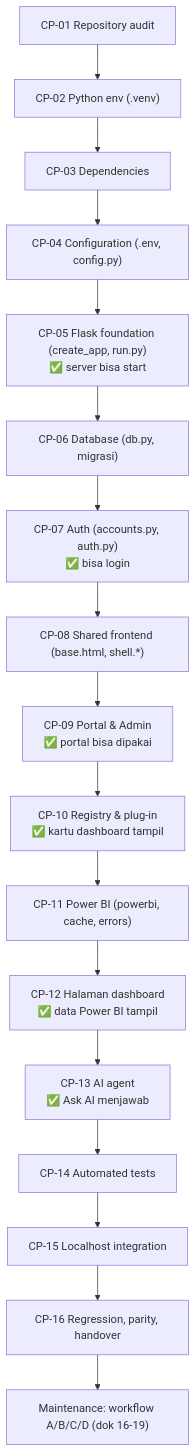
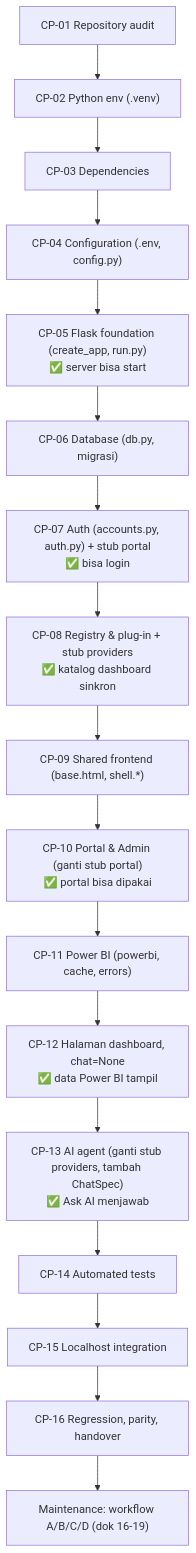
Before and after one commit to mhdalfarisy/web-pbi-portal: the diagram in docs/development_playbook/03_DEVELOPMENT_ROADMAP.md, drawn with Mermaid. The commit also changed other lines of this file and 68 other files, not shown here.

````diff
--- a/docs/development_playbook/03_DEVELOPMENT_ROADMAP.md
+++ b/docs/development_playbook/03_DEVELOPMENT_ROADMAP.md
@@ -9,19 +35,19 @@
 ```mermaid
 flowchart TD
     CP01["CP-01 Repository audit"] --> CP02["CP-02 Python env (.venv)"]
     CP02 --> CP03["CP-03 Dependencies"]
     CP03 --> CP04["CP-04 Configuration (.env, config.py)"]
     CP04 --> CP05["CP-05 Flask foundation (create_app, run.py)<br/>✅ server bisa start"]
     CP05 --> CP06["CP-06 Database (db.py, migrasi)"]
-    CP06 --> CP07["CP-07 Auth (accounts.py, auth.py)<br/>✅ bisa login"]
-    CP07 --> CP08["CP-08 Shared frontend (base.html, shell.*)"]
-    CP08 --> CP09["CP-09 Portal & Admin<br/>✅ portal bisa dipakai"]
-    CP09 --> CP10["CP-10 Registry & plug-in<br/>✅ kartu dashboard tampil"]
+    CP06 --> CP07["CP-07 Auth (accounts.py, auth.py) + stub portal<br/>✅ bisa login"]
+    CP07 --> CP08["CP-08 Registry & plug-in + stub providers<br/>✅ katalog dashboard sinkron"]
+    CP08 --> CP09["CP-09 Shared frontend (base.html, shell.*)"]
+    CP09 --> CP10["CP-10 Portal & Admin (ganti stub portal)<br/>✅ portal bisa dipakai"]
     CP10 --> CP11["CP-11 Power BI (powerbi, cache, errors)"]
-    CP11 --> CP12["CP-12 Halaman dashboard<br/>✅ data Power BI tampil"]
-    CP12 --> CP13["CP-13 AI agent<br/>✅ Ask AI menjawab"]
+    CP11 --> CP12["CP-12 Halaman dashboard, chat=None<br/>✅ data Power BI tampil"]
+    CP12 --> CP13["CP-13 AI agent (ganti stub providers, tambah ChatSpec)<br/>✅ Ask AI menjawab"]
     CP13 --> CP14["CP-14 Automated tests"]
     CP14 --> CP15["CP-15 Localhost integration"]
     CP15 --> CP16["CP-16 Regression, parity, handover"]
     CP16 --> M["Maintenance: workflow A/B/C/D (dok 16-19)"]
 ```
````
